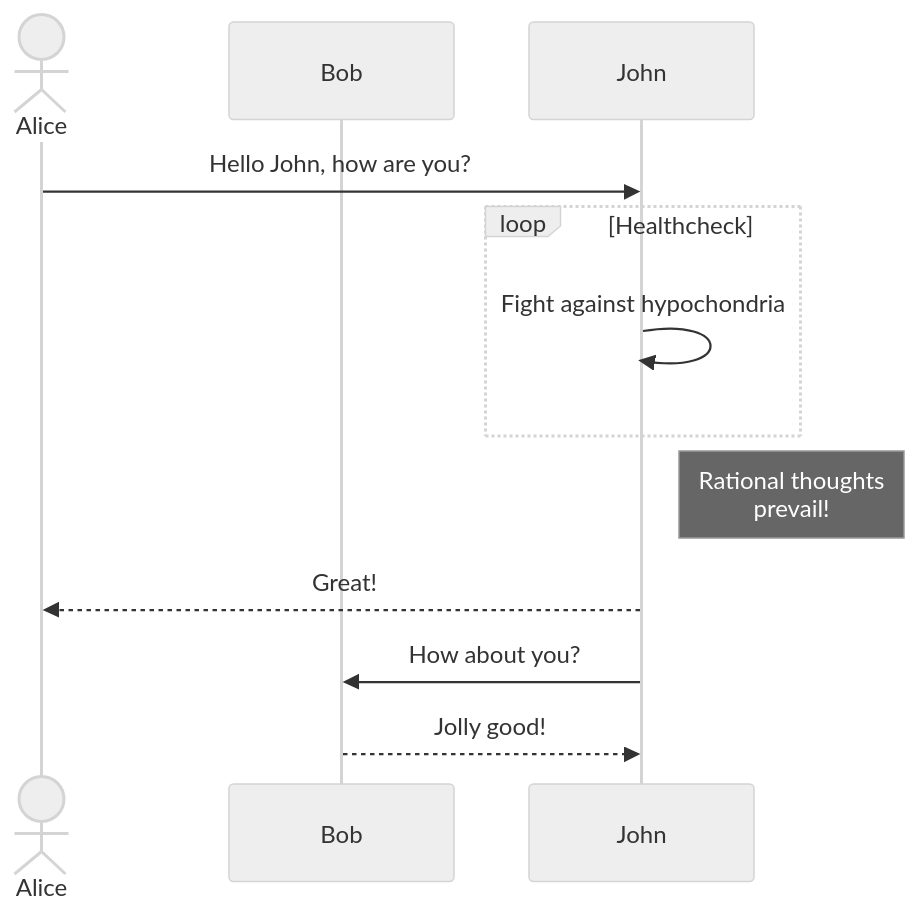
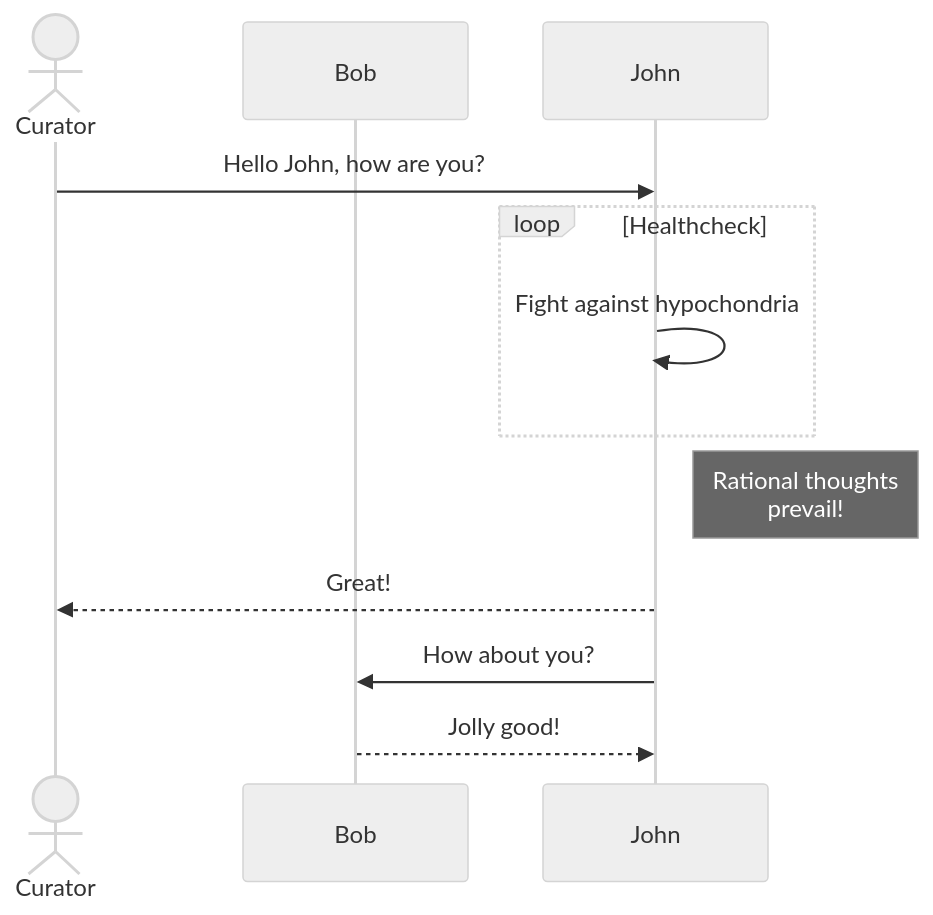
Before and after one commit to drew-wks/ASK: the diagram in docs/library_admin_processes.md, drawn with Mermaid (neutral theme).

````diff
--- a/docs/library_admin_processes.md
+++ b/docs/library_admin_processes.md
@@ -1,13 +1,13 @@
 ```mermaid
 sequenceDiagram
-    actor Alice
+    actor Curator
     participant Bob
-    Alice->>John: Hello John, how are you?
+    Curator->>John: Hello John, how are you?
     loop Healthcheck
         John->>John: Fight against hypochondria
     end
     Note right of John: Rational thoughts <br/>prevail!
-    John-->>Alice: Great!
+    John-->>Curator: Great!
     John->>Bob: How about you?
     Bob-->>John: Jolly good!
 ```
````
